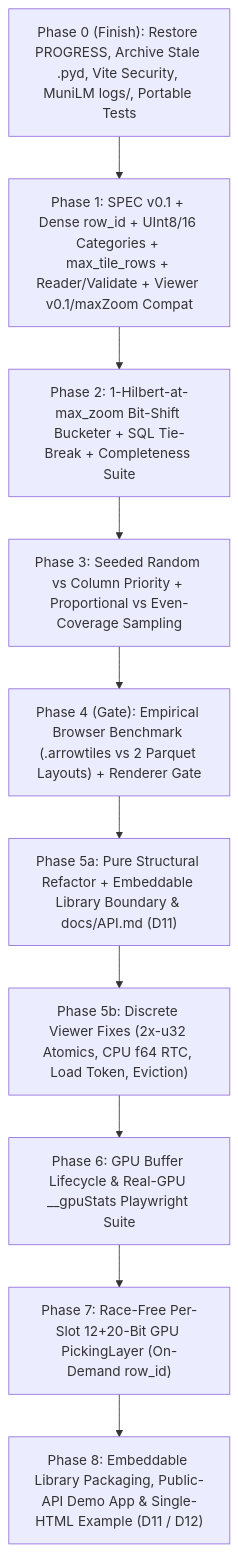
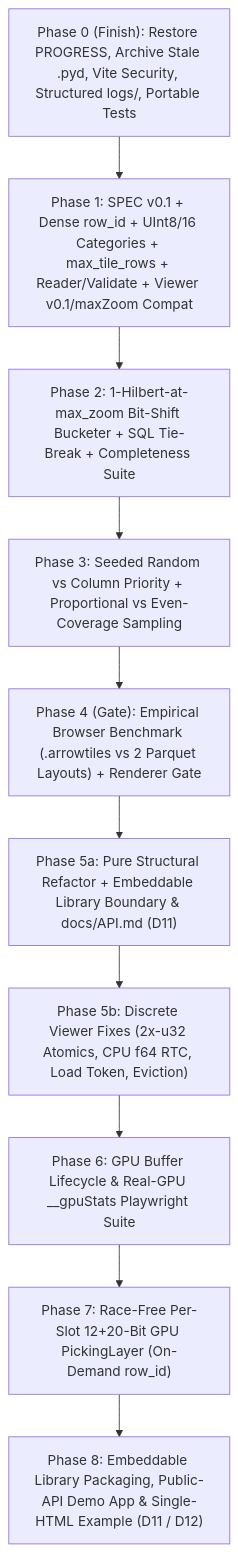
One commit to kai-erlenbusch/arrowtiles changed the diagram in logs/2026-11-19_05_PLAN_all_merged-consensus-revival-plan.md. Above: the diagram before and after it, drawn with Mermaid. The commit also changed other lines of this file and 13 other files, not shown here.

````diff
--- a/logs/2026-11-19_05_PLAN_all_merged-consensus-revival-plan.md
+++ b/logs/2026-11-19_05_PLAN_all_merged-consensus-revival-plan.md
@@ -20,12 +20,12 @@
 ```mermaid
 flowchart TD
-    P0["Phase 0 (Finish): Restore PROGRESS, Archive Stale .pyd, Vite Security, MuniLM logs/, Portable Tests"] --> P1["Phase 1: SPEC v0.1 + Dense row_id + UInt8/16 Categories + max_tile_rows + Reader/Validate + Viewer v0.1/maxZoom Compat"]
+    P0["Phase 0 (Finish): Restore PROGRESS, Archive Stale .pyd, Vite Security, Structured logs/, Portable Tests"] --> P1["Phase 1: SPEC v0.1 + Dense row_id + UInt8/16 Categories + max_tile_rows + Reader/Validate + Viewer v0.1/maxZoom Compat"]
     P1 --> P2["Phase 2: 1-Hilbert-at-max_zoom Bit-Shift Bucketer + SQL Tie-Break + Completeness Suite"]
     P2 --> P3["Phase 3: Seeded Random vs Column Priority + Proportional vs Even-Coverage Sampling"]
     P3 --> P4["Phase 4 (Gate): Empirical Browser Benchmark (.arrowtiles vs 2 Parquet Layouts) + Renderer Gate"]
     P4 --> P5a["Phase 5a: Pure Structural Refactor + Embeddable Library Boundary & docs/API.md (D11)"]
     P5a --> P5b["Phase 5b: Discrete Viewer Fixes (2x-u32 Atomics, CPU f64 RTC, Load Token, Eviction)"]
     P5b --> P6["Phase 6: GPU Buffer Lifecycle & Real-GPU __gpuStats Playwright Suite"]
     P6 --> P7["Phase 7: Race-Free Per-Slot 12+20-Bit GPU PickingLayer (On-Demand row_id)"]
     P7 --> P8["Phase 8: Embeddable Library Packaging, Public-API Demo App & Single-HTML Example (D11 / D12)"]
 ```
````
